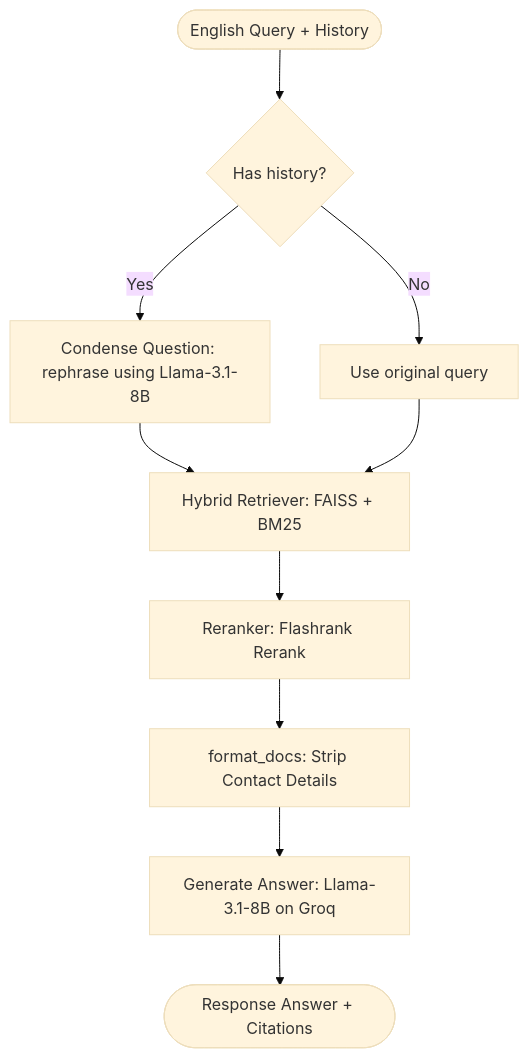
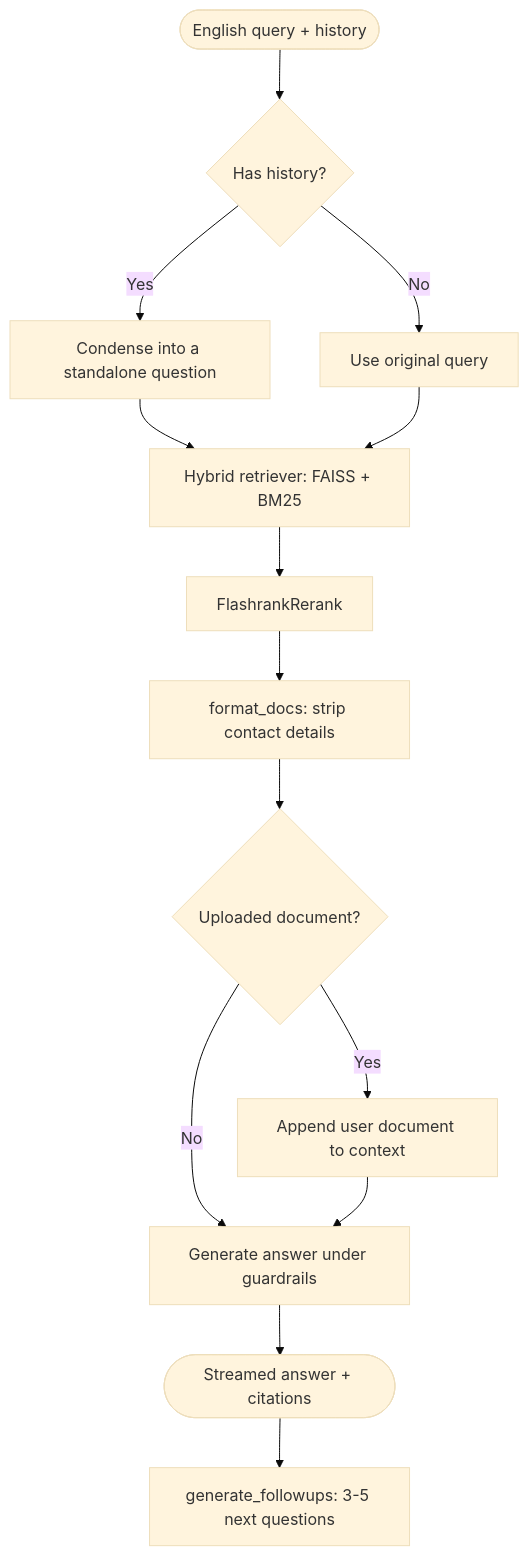
The third of 3 diagrams in docs/backend_rag.md (deeptiprasadd/disability-schemes-chatbot), drawn with Mermaid (base theme) before and after one commit. The commit also changed other lines of this file and 14 other files, not shown here.

````diff
--- a/docs/backend_rag.md
+++ b/docs/backend_rag.md
@@ -13,12 +106,16 @@
 ```mermaid
 flowchart TD
-    In([English Query + History]) --> HistoryCheck{Has history?}
-    HistoryCheck -->|Yes| Condense[Condense Question: rephrase using Llama-3.1-8B]
+    In([English query + history]) --> HistoryCheck{Has history?}
+    HistoryCheck -->|Yes| Condense[Condense into a standalone question]
     HistoryCheck -->|No| SkipCondense[Use original query]
-    Condense --> Search[Hybrid Retriever: FAISS + BM25]
+    Condense --> Search[Hybrid retriever: FAISS + BM25]
     SkipCondense --> Search
-    Search --> Rerank[Reranker: Flashrank Rerank]
-    Rerank --> Strip[format_docs: Strip Contact Details]
-    Strip --> LLM[Generate Answer: Llama-3.1-8B on Groq]
-    LLM --> Out([Response Answer + Citations])
+    Search --> Rerank[FlashrankRerank]
+    Rerank --> Strip[format_docs: strip contact details]
+    Strip --> Doc{Uploaded document?}
+    Doc -->|Yes| Append[Append user document to context]
+    Doc -->|No| Gen
+    Append --> Gen[Generate answer under guardrails]
+    Gen --> Out([Streamed answer + citations])
+    Out --> Fup[generate_followups: 3-5 next questions]
 ```
````
